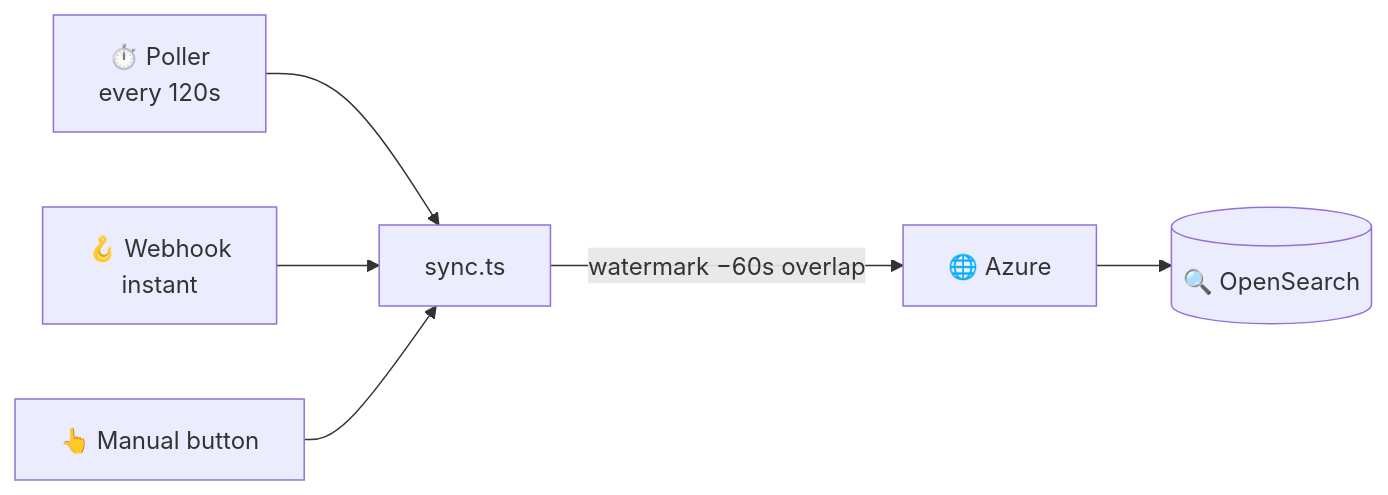
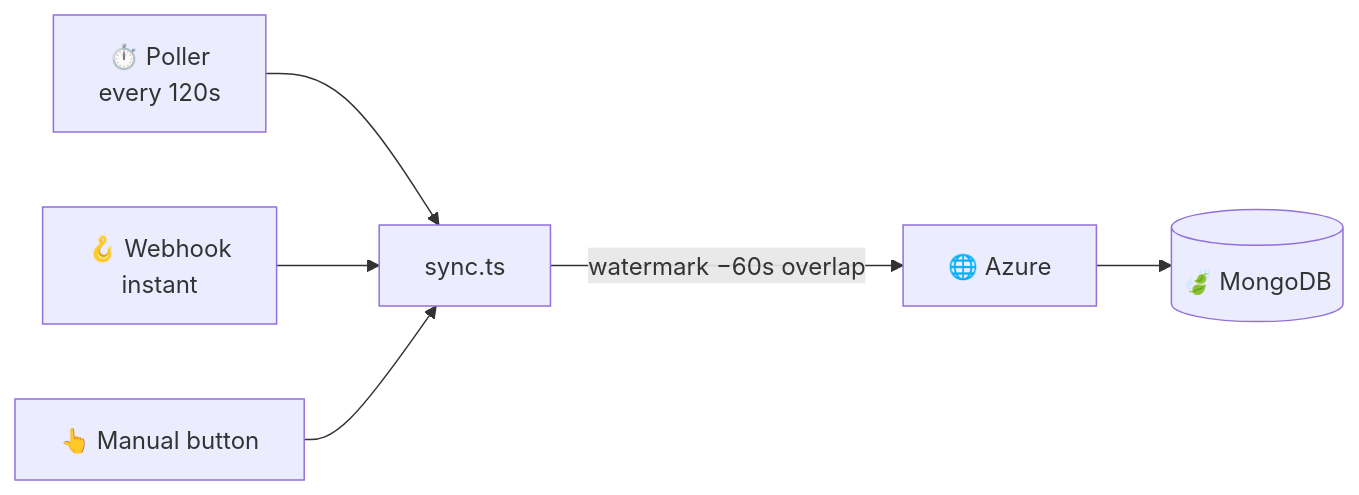
One commit to vikrant111/tracker-dashboard changed the third of 3 diagrams in README.md. Above: the diagram before and after it, drawn with Mermaid. The commit also changed other lines of this file and 61 other files, not shown here.

````diff
--- a/README.md
+++ b/README.md
@@ -411,8 +411,8 @@
 ```mermaid
 flowchart LR
     P["⏱️ Poller<br/>every 120s"] --> S["sync.ts"]
     W["🪝 Webhook<br/>instant"] --> S
     M["👆 Manual button"] --> S
     S -->|"watermark −60s overlap"| A["🌐 Azure"]
-    A --> O[("🔍 OpenSearch")]
+    A --> O[("🍃 MongoDB")]
 ```
````
